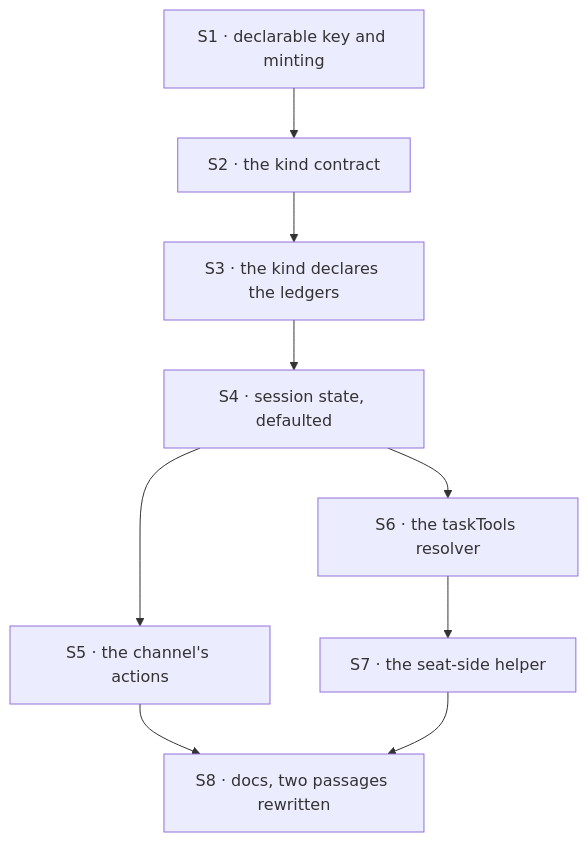
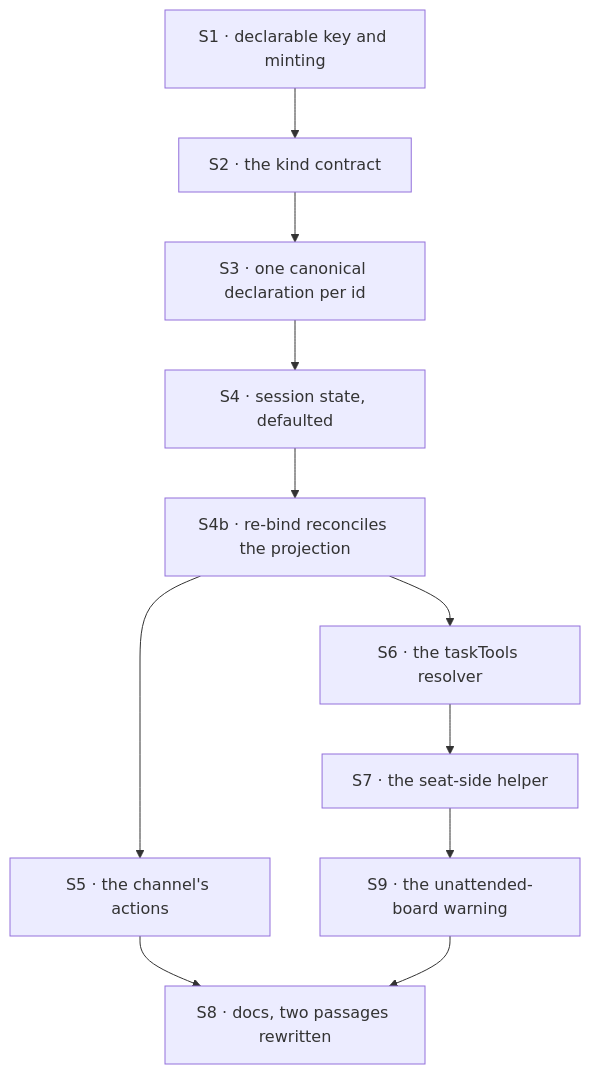
The diagram in spec/FIX-1385/PLAN.md (fixpoint-labs/flow-state-dev), drawn with Mermaid before and after one commit. The commit also changed other lines of this file and 3 other files, not shown here.

````diff
--- a/spec/FIX-1385/PLAN.md
+++ b/spec/FIX-1385/PLAN.md
@@ -22,11 +24,13 @@
 ```mermaid
 flowchart TD
   S1["S1 · declarable key and minting"] --> S2["S2 · the kind contract"]
-  S2 --> S3["S3 · the kind declares the ledgers"]
+  S2 --> S3["S3 · one canonical declaration per id"]
   S3 --> S4["S4 · session state, defaulted"]
-  S4 --> S5["S5 · the channel's actions"]
-  S4 --> S6["S6 · the taskTools resolver"]
+  S4 --> S4b["S4b · re-bind reconciles the projection"]
+  S4b --> S5["S5 · the channel's actions"]
+  S4b --> S6["S6 · the taskTools resolver"]
   S6 --> S7["S7 · the seat-side helper"]
+  S7 --> S9["S9 · the unattended-board warning"]
   S5 --> S8["S8 · docs, two passages rewritten"]
-  S7 --> S8
+  S9 --> S8
 ```
````
